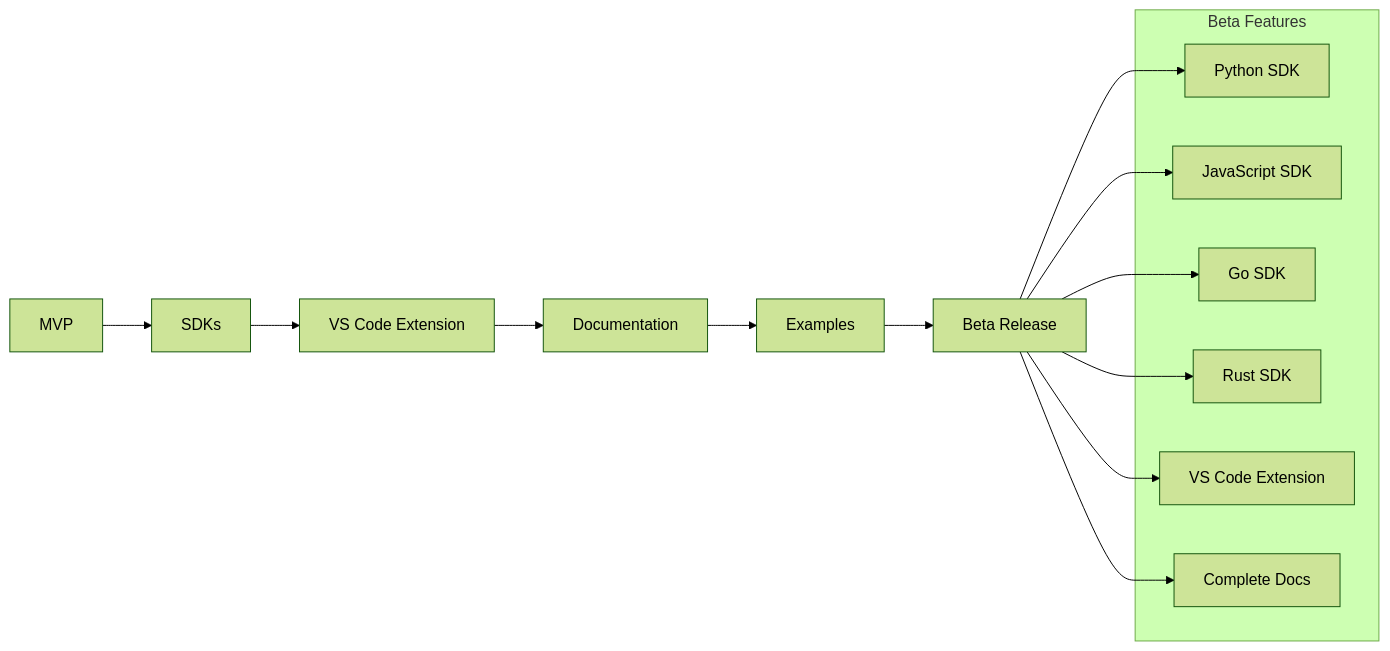
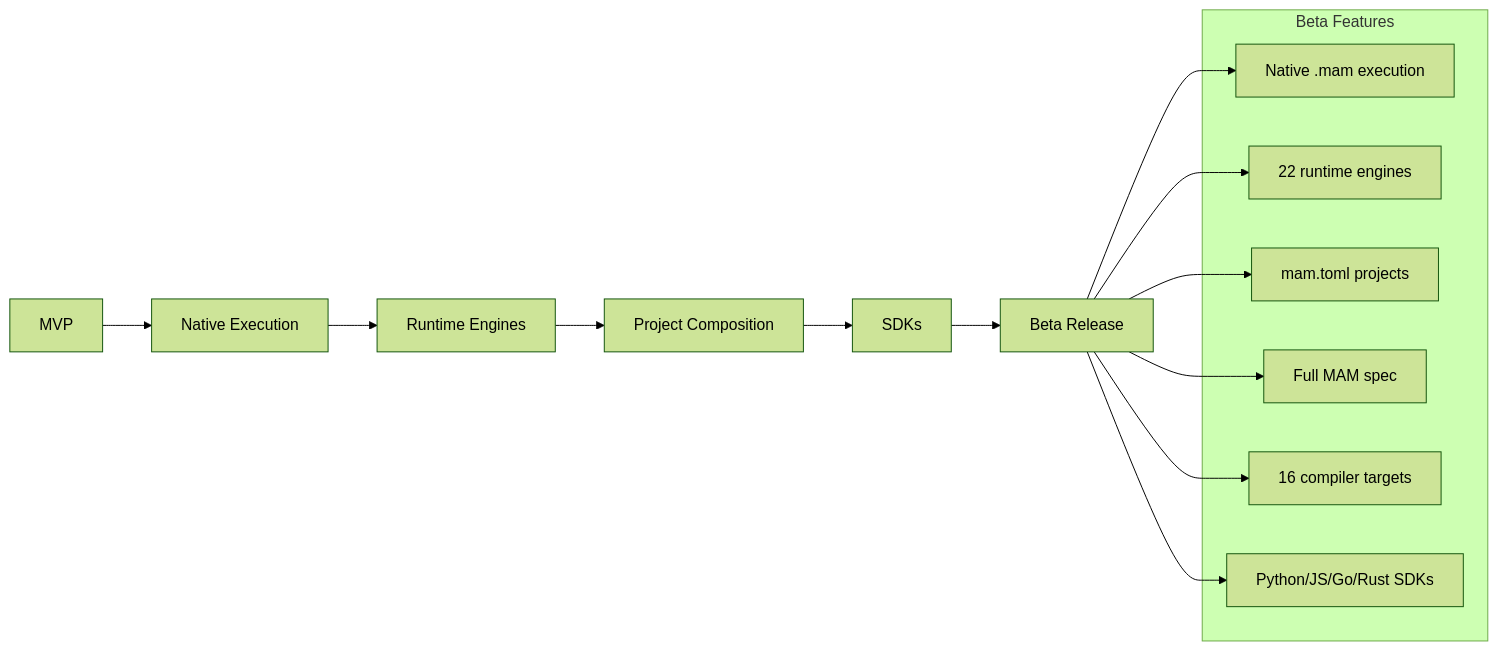
One commit to tcp-ecosystem/MAM changed the sixth of 8 diagrams in goal.md. Above: the diagram before and after it, drawn with Mermaid (forest theme). The commit also changed other lines of this file and 4 other files, not shown here.

````diff
--- a/goal.md
+++ b/goal.md
@@ -182,24 +185,24 @@
 ```mermaid
 graph LR
-    A[MVP] --> B[SDKs]
-    B --> C[VS Code Extension]
-    C --> D[Documentation]
-    D --> E[Examples]
+    A[MVP] --> B[Native Execution]
+    B --> C[Runtime Engines]
+    C --> D[Project Composition]
+    D --> E[SDKs]
     E --> F[Beta Release]
-    
+
     subgraph "Beta Features"
-        G[Python SDK]
-        H[JavaScript SDK]
-        I[Go SDK]
-        J[Rust SDK]
-        K[VS Code Extension]
-        L[Complete Docs]
+        G[Native .mam execution]
+        H[22 runtime engines]
+        I[mam.toml projects]
+        J[Full MAM spec]
+        K[16 compiler targets]
+        L[Python/JS/Go/Rust SDKs]
     end
-    
+
     F --> G
     F --> H
     F --> I
     F --> J
     F --> K
     F --> L
 ```
````
